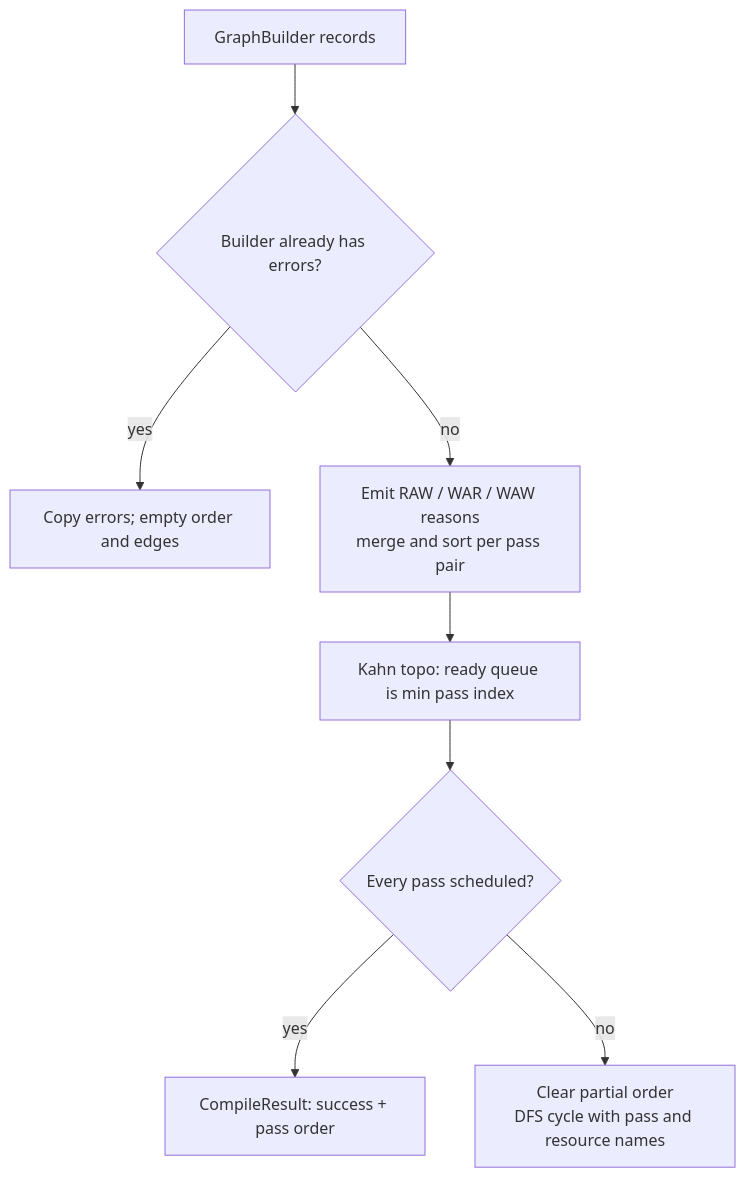
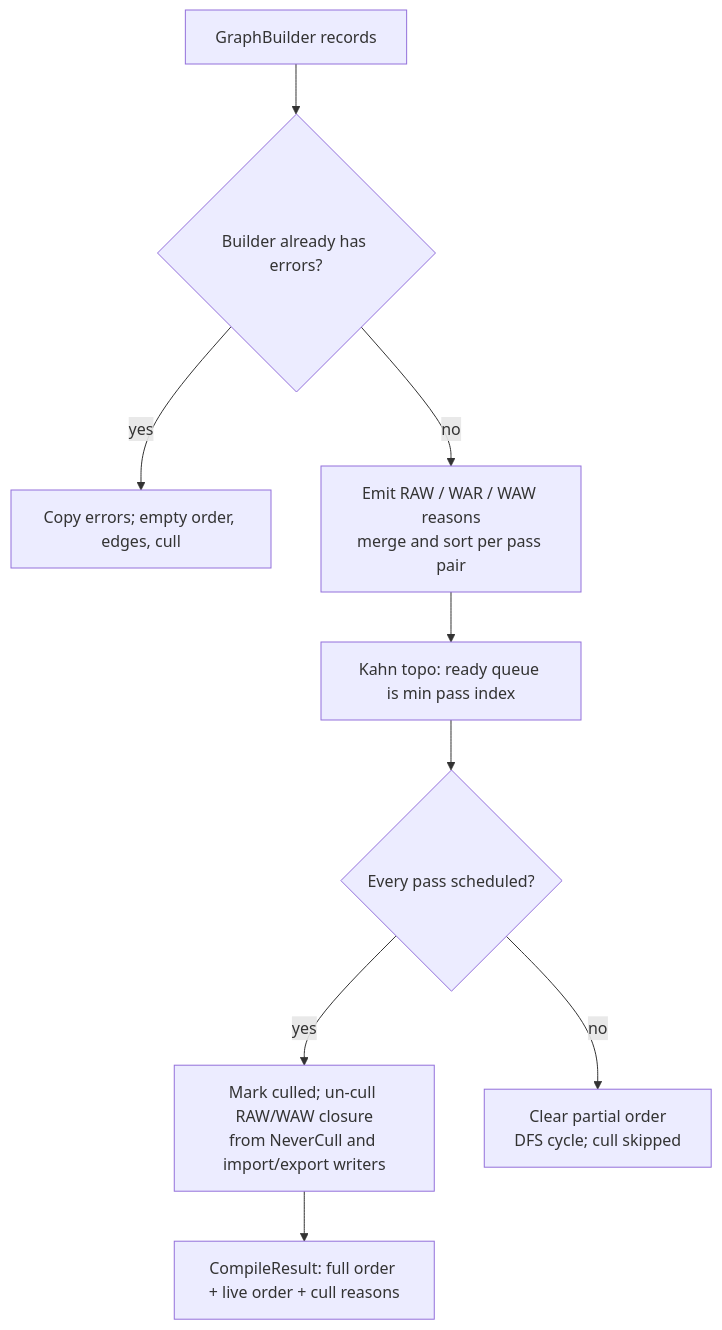
The eighth of 8 diagrams in docs/rdg-dataflow.md (wenjian-zhou/RenderLab), drawn with Mermaid before and after one commit. The commit also changed other lines of this file and 10 other files, not shown here.

````diff
--- a/docs/rdg-dataflow.md
+++ b/docs/rdg-dataflow.md
@@ -391,19 +393,21 @@
 ```mermaid
 flowchart TB
     GB["GraphBuilder records"]
     ERR{"Builder already has errors?"}
-    COPY["Copy errors; empty order and edges"]
+    COPY["Copy errors; empty order, edges, cull"]
     EDGES["Emit RAW / WAR / WAW reasons<br/>merge and sort per pass pair"]
     KAHN["Kahn topo: ready queue is min pass index"]
     ALL{"Every pass scheduled?"}
-    OK["CompileResult: success + pass order"]
-    CYCLE["Clear partial order<br/>DFS cycle with pass and resource names"]
+    CULL["Mark culled; un-cull RAW/WAW closure<br/>from NeverCull and import/export writers"]
+    OK["CompileResult: full order + live order + cull reasons"]
+    CYCLE["Clear partial order<br/>DFS cycle; cull skipped"]
 
     GB --> ERR
     ERR -->|"yes"| COPY
     ERR -->|"no"| EDGES
     EDGES --> KAHN
     KAHN --> ALL
-    ALL -->|"yes"| OK
+    ALL -->|"yes"| CULL
+    CULL --> OK
     ALL -->|"no"| CYCLE
 ```
````
